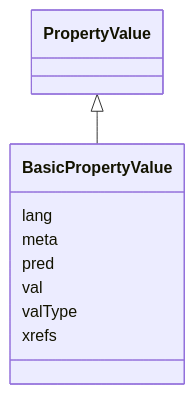
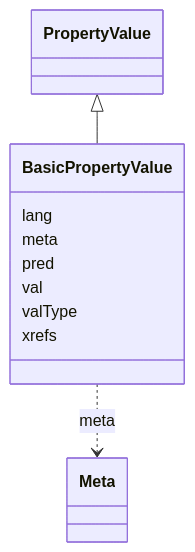
The diagram in obograph/BasicPropertyValue.md (INCATools/ontology-access-kit), drawn with Mermaid before and after one commit. The commit also changed other lines of this file and 1783 other files, not shown here.

````diff
--- a/obograph/BasicPropertyValue.md
+++ b/obograph/BasicPropertyValue.md
@@ -11,13 +11,21 @@
 ```{mermaid}
  classDiagram
     class BasicPropertyValue
       PropertyValue <|-- BasicPropertyValue
       
       BasicPropertyValue : lang
+        
       BasicPropertyValue : meta
+        
+          BasicPropertyValue ..> Meta : meta
+        
       BasicPropertyValue : pred
+        
       BasicPropertyValue : val
+        
       BasicPropertyValue : valType
+        
       BasicPropertyValue : xrefs
+        
       
 ```
````
